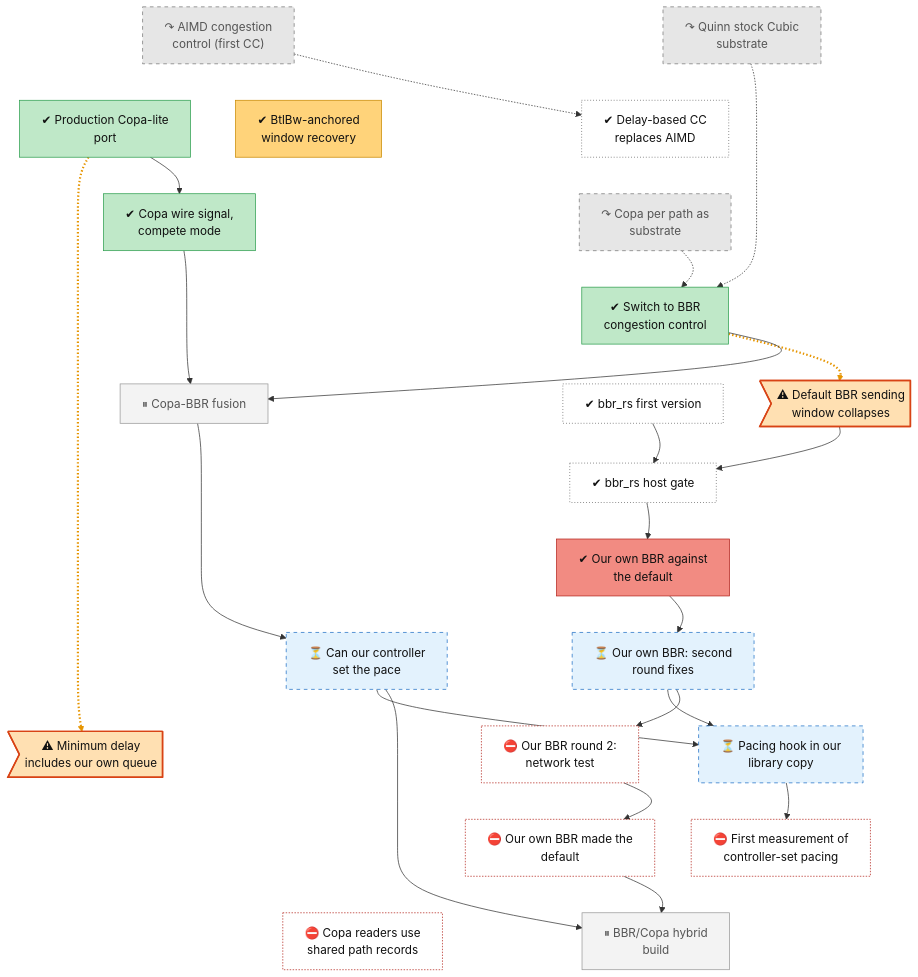
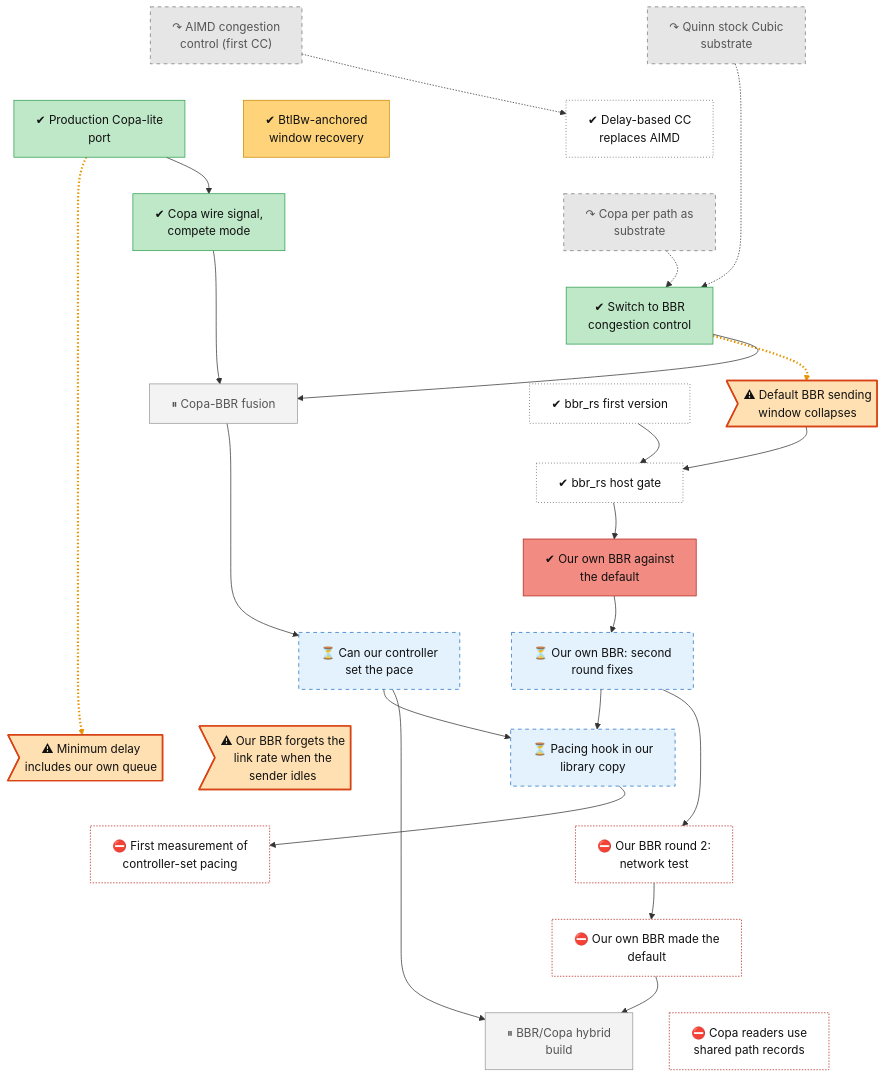
Before and after one commit to lhns/raptorpath: the diagram in docs/roadmap/tracks/cc.md, drawn with Mermaid. The commit also changed other lines of this file and 4 other files, not shown here.

Commit message:
roadmap: bbr_rs app-limited defect; gate CPU priced (timer and view reads)

```diff
--- a/docs/roadmap/tracks/cc.md
+++ b/docs/roadmap/tracks/cc.md
@@ -26,6 +26,7 @@
     cc_pacing_audit["⏳ Can our controller<br/>set the pace"]
     cc_pacing_seam["⏳ Pacing hook in our<br/>library copy"]
     cc_defect_copa_minrtt>"⚠ Minimum delay<br/>includes our own queue"]
+    cc_defect_bbrrs_app_limited>"⚠ Our BBR forgets the<br/>link rate when the<br/>sender idles"]
     cc_s48d_session["⛔ Our BBR round 2:<br/>network test"]
     cc_pacing_seam_reading["⛔ First measurement of<br/>controller-set pacing"]
     cc_bbrrs_promote["⛔ Our own BBR made the<br/>default"]
@@ -50,11 +51,13 @@
     cc_bbrrs_r1 ~~~ cc_pacing_audit
     cc_bbrrs_r2 ~~~ cc_pacing_seam
     cc_pacing_audit ~~~ cc_defect_copa_minrtt
-    cc_pacing_audit ~~~ cc_s48d_session
-    cc_pacing_seam ~~~ cc_pacing_seam_reading
-    cc_defect_copa_minrtt ~~~ cc_bbrrs_promote
+    cc_pacing_audit ~~~ cc_defect_bbrrs_app_limited
+    cc_pacing_seam ~~~ cc_s48d_session
+    cc_defect_copa_minrtt ~~~ cc_pacing_seam_reading
+    cc_defect_bbrrs_app_limited ~~~ cc_pacing_seam_reading
     cc_s48d_session ~~~ cc_bbrrs_promote
-    cc_pacing_seam_reading ~~~ cc_hybrid
+    cc_pacing_seam_reading ~~~ cc_bbrrs_promote
+    cc_bbrrs_promote ~~~ cc_hybrid
     cc_bbrrs_promote ~~~ cc_copa_consumers
     cc_cubic_substrate -.-> cc_bbr_default
     cc_aimd_v1 -.-> cc_early_delay_cc
@@ -76,7 +79,7 @@
     cc_s48d_session --> cc_bbrrs_promote
     cc_bbrrs_promote --> cc_hybrid
     cc_pacing_audit --> cc_hybrid
-    linkStyle 27,30 stroke:#e69500,stroke-width:3px,stroke-dasharray:2 3
+    linkStyle 29,32 stroke:#e69500,stroke-width:3px,stroke-dasharray:2 3
     classDef vsucc fill:#2e9e4f,stroke:#1b6b34,color:#fff
     classDef succ fill:#bfe8c8,stroke:#2e9e4f,color:#111
     classDef mixed fill:#ffd37a,stroke:#c98a00,color:#111
@@ -96,7 +99,7 @@
     class cc_copa_lite,cc_copa_wire_signal,cc_bbr_default succ
     class cc_btlbw_recovery mixed
     class cc_adr68_fusion,cc_hybrid parked
-    class cc_quinn_bbr_collapse,cc_defect_copa_minrtt finding
+    class cc_quinn_bbr_collapse,cc_defect_copa_minrtt,cc_defect_bbrrs_app_limited finding
     class cc_bbrrs_r1 bad
     class cc_bbrrs_r2,cc_pacing_audit,cc_pacing_seam waiting
     class cc_s48d_session,cc_pacing_seam_reading,cc_bbrrs_promote,cc_copa_consumers blocked
```
